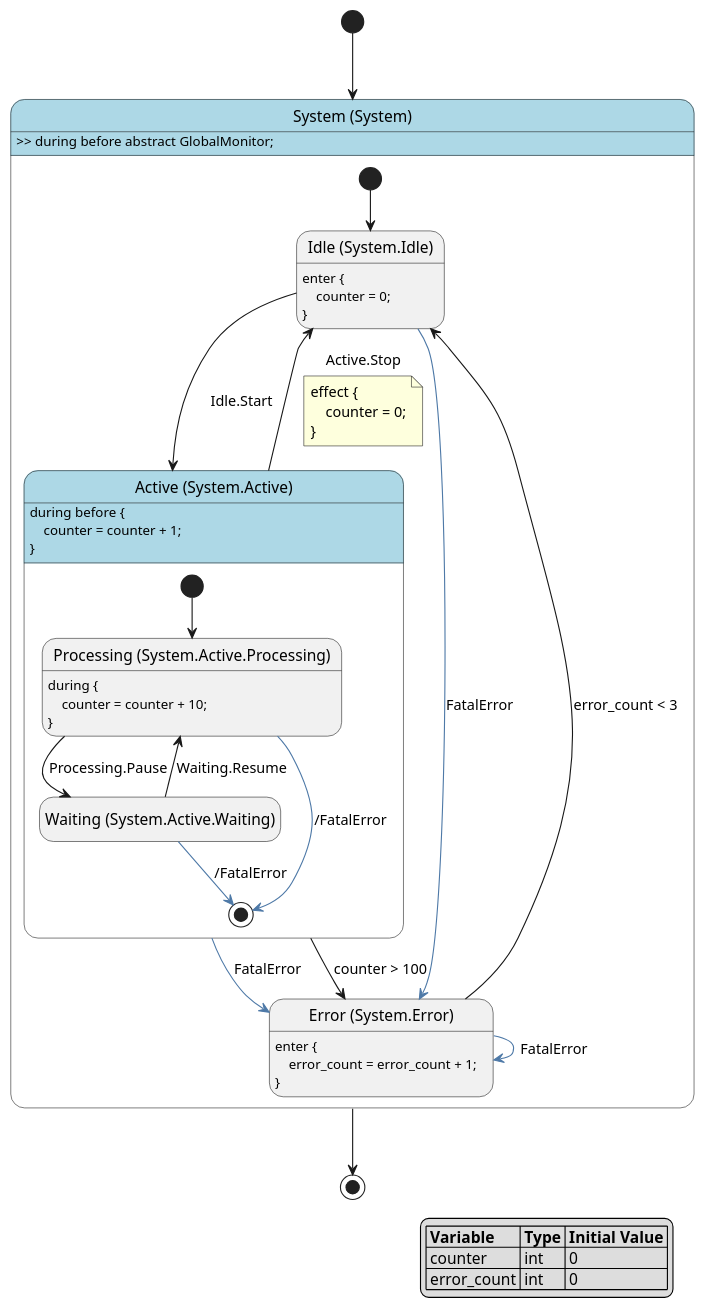
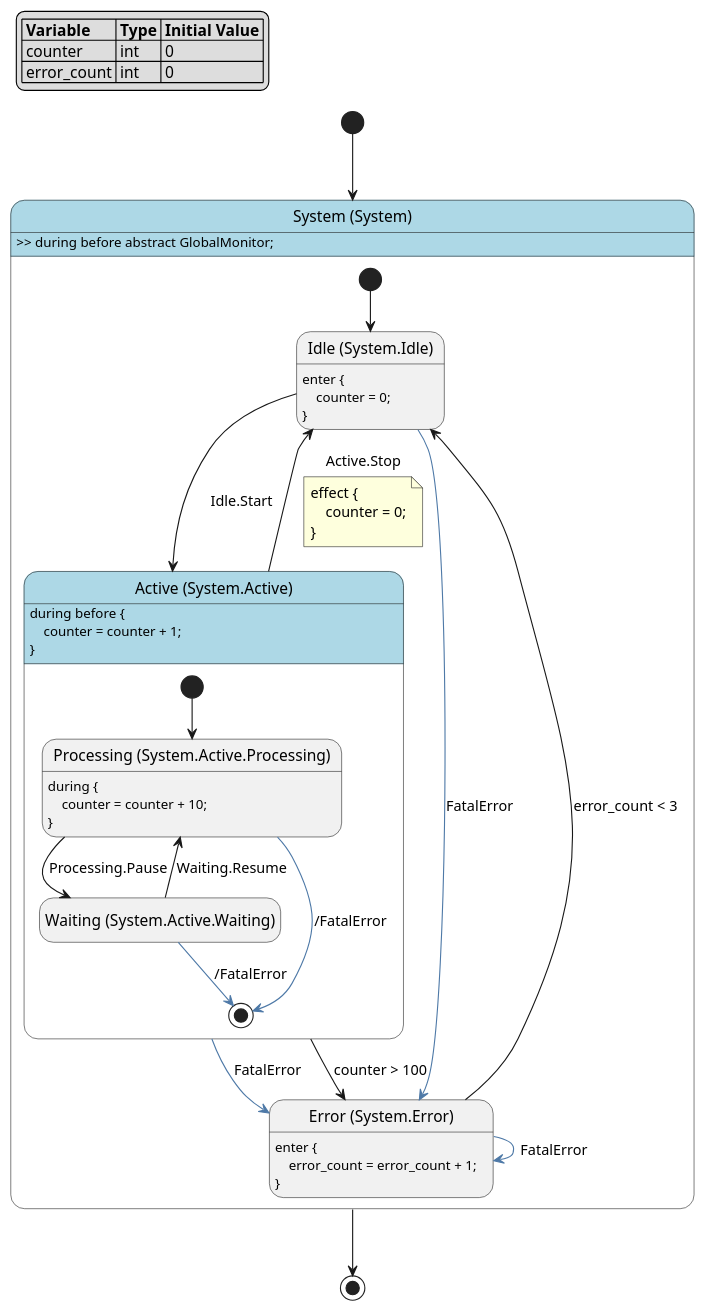
The diagram in docs/source/tutorials/visualization/output_advanced.puml (HansBug/pyfcstm), drawn with PlantUML before and after one commit. The commit also changed 50 other files, not shown here.

```diff
--- a/docs/source/tutorials/visualization/output_advanced.puml
+++ b/docs/source/tutorials/visualization/output_advanced.puml
@@ -1,50 +1,50 @@
 @startuml
 hide empty description
 
 skinparam state {
   BackgroundColor<<pseudo>> LightGray
   BackgroundColor<<composite>> LightBlue
   BorderColor<<pseudo>> Gray
   FontStyle<<pseudo>> italic
 }
 
-legend right
+legend top left
 |= Variable |= Type |= Initial Value |
 | counter | int | 0 |
 | error_count | int | 0 |
 endlegend
 
 state "System (System)" as system <<composite>> {
     state "Idle (System.Idle)" as system__idle
     system__idle : enter {\n    counter = 0;\n}
     state "Active (System.Active)" as system__active <<composite>> {
         state "Processing (System.Active.Processing)" as system__active__processing
         system__active__processing : during {\n    counter = counter + 10;\n}
         state "Waiting (System.Active.Waiting)" as system__active__waiting
         system__active__processing -[#4E79A7]-> [*] : /FatalError
         system__active__waiting -[#4E79A7]-> [*] : /FatalError
         [*] --> system__active__processing
         system__active__processing --> system__active__waiting : Processing.Pause
         system__active__waiting --> system__active__processing : Waiting.Resume
     }
     system__active : during before {\n    counter = counter + 1;\n}
     state "Error (System.Error)" as system__error
     system__error : enter {\n    error_count = error_count + 1;\n}
     system__idle -[#4E79A7]-> system__error : FatalError
     system__active -[#4E79A7]-> system__error : FatalError
     system__error -[#4E79A7]-> system__error : FatalError
     [*] --> system__idle
     system__idle --> system__active : Idle.Start
     system__active --> system__idle : Active.Stop
     note on link
     effect {
         counter = 0;
     }
     end note
     system__active --> system__error : counter > 100
     system__error --> system__idle : error_count < 3
 }
 system : >> during before abstract GlobalMonitor;
 [*] --> system
 system --> [*]
 @enduml
```
